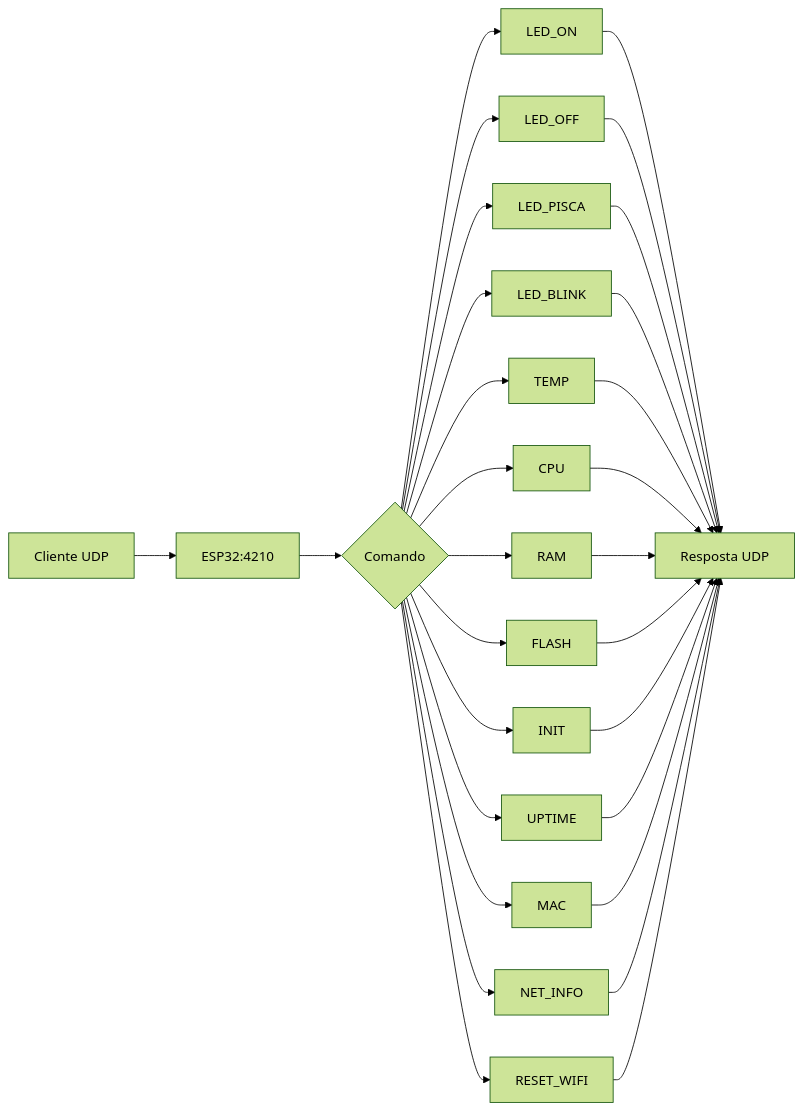
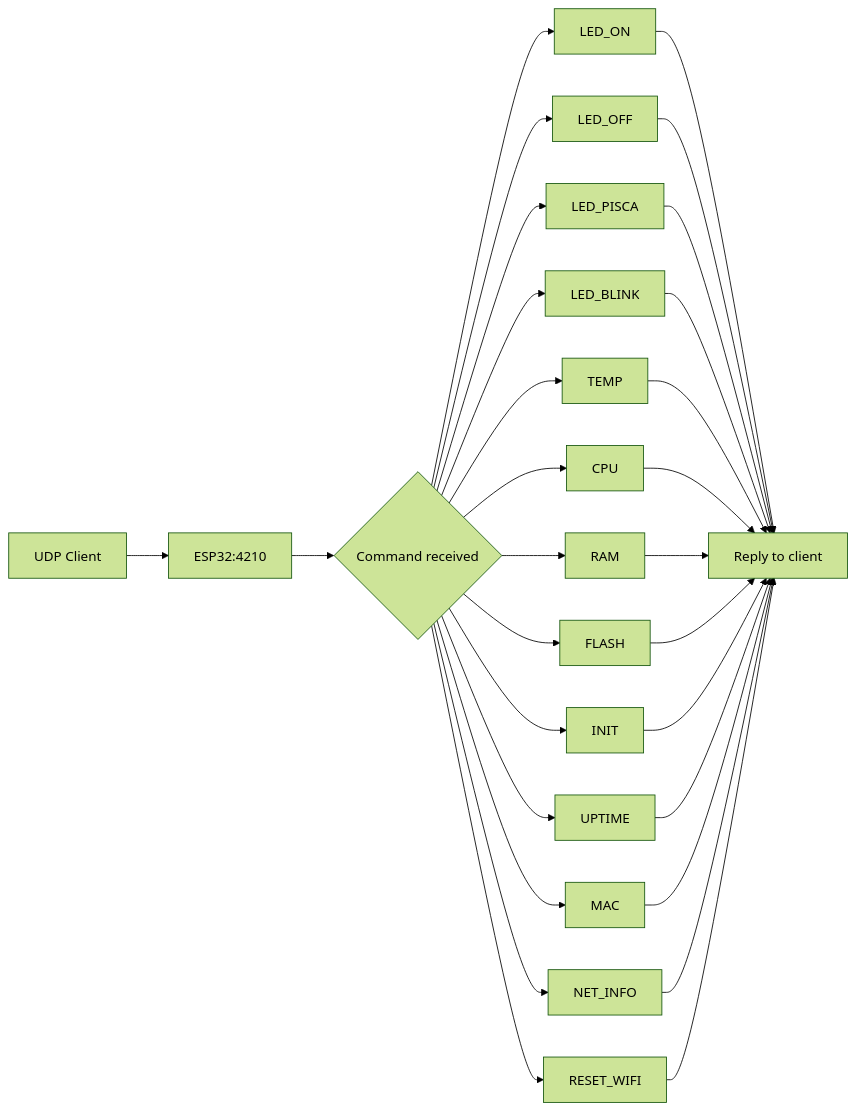
Before and after one commit to paulocfmarques-collab/esp32_wifi: the sixth of 7 diagrams in README.md, drawn with Mermaid (forest theme). The commit also changed other lines of this file, not shown here.

Commit message:
Professional README refresh with architecture, hardware schematic, data flow, and command reference

````diff
--- a/README.md
+++ b/README.md
@@ -366,35 +242,31 @@
 ```mermaid
 flowchart LR
-
-A[Cliente UDP] --> B[ESP32:4210]
-
-B --> C{Comando}
-
-C --> D[LED_ON]
-C --> E[LED_OFF]
-C --> F[LED_PISCA]
-C --> G[LED_BLINK]
-C --> H[TEMP]
-C --> I[CPU]
-C --> J[RAM]
-C --> K[FLASH]
-C --> L[INIT]
-C --> M[UPTIME]
-C --> N[MAC]
-C --> O[NET_INFO]
-C --> P[RESET_WIFI]
-
-D --> R[Resposta UDP]
-E --> R
-F --> R
-G --> R
-H --> R
-I --> R
-J --> R
-K --> R
-L --> R
-M --> R
-N --> R
-O --> R
-P --> R
+    A[UDP Client] --> B[ESP32:4210]
+    B --> C{Command received}
+    C --> D[LED_ON]
+    C --> E[LED_OFF]
+    C --> F[LED_PISCA]
+    C --> G[LED_BLINK]
+    C --> H[TEMP]
+    C --> I[CPU]
+    C --> J[RAM]
+    C --> K[FLASH]
+    C --> L[INIT]
+    C --> M[UPTIME]
+    C --> N[MAC]
+    C --> O[NET_INFO]
+    C --> P[RESET_WIFI]
+    D --> Q[Reply to client]
+    E --> Q
+    F --> Q
+    G --> Q
+    H --> Q
+    I --> Q
+    J --> Q
+    K --> Q
+    L --> Q
+    M --> Q
+    N --> Q
+    O --> Q
+    P --> Q
 ```
````
